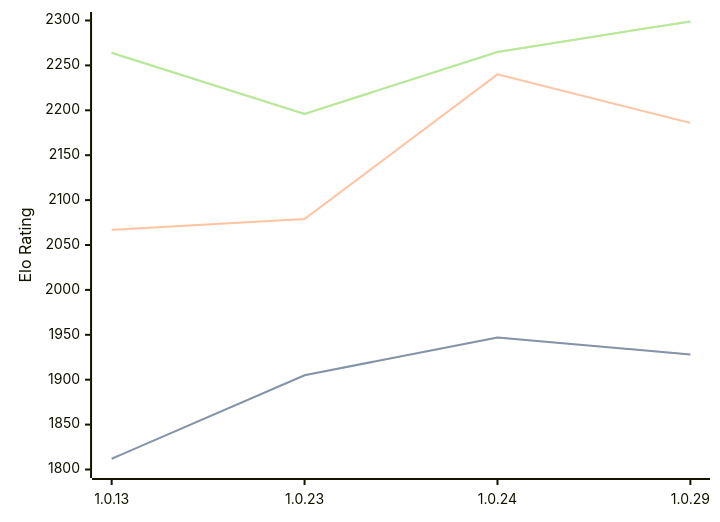
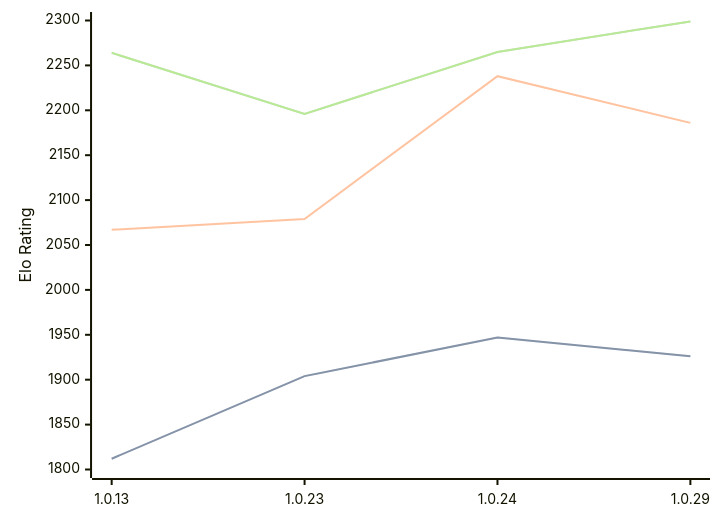
One commit to computer-chess-index/cci changed the diagram in engines/RustyRival.md. Above: the diagram before and after it, drawn with Mermaid. The commit also changed other lines of this file, not shown here.

````diff
--- a/engines/RustyRival.md
+++ b/engines/RustyRival.md
@@ -60,11 +62,11 @@
 ```mermaid
 %%{init: {"theme":"base","themeVariables":{"seriesColors:['#a3a3a3','#222221','#faa371']}}}%%
 xychart-beta
   x-axis ["1.0.13", "1.0.23", "1.0.24", "1.0.29"]
   y-axis "Elo Rating" 1800 --> 2300
-  line "STC (8.0+0.08s)" [1812, 1905, 1947, 1928]
-  line "STC (8.0+0.08s)" [1812, 1905, 1947, 1928]
-  line "LTC (60.0+0.60s)" [2067, 2079, 2240, 2186]
+  line "STC (8.0+0.08s)" [1812, 1904, 1947, 1926]
+  line "STC (8.0+0.08s)" [1812, 1904, 1947, 1926]
+  line "LTC (60.0+0.60s)" [2067, 2079, 2238, 2186]
   line "VLTC (2m24s+1.12s)" [2264, 2196, 2265, 2299]
   line "VLTC (2m24s+1.12s)" [2264, 2196, 2265, 2299]
 ```
````
